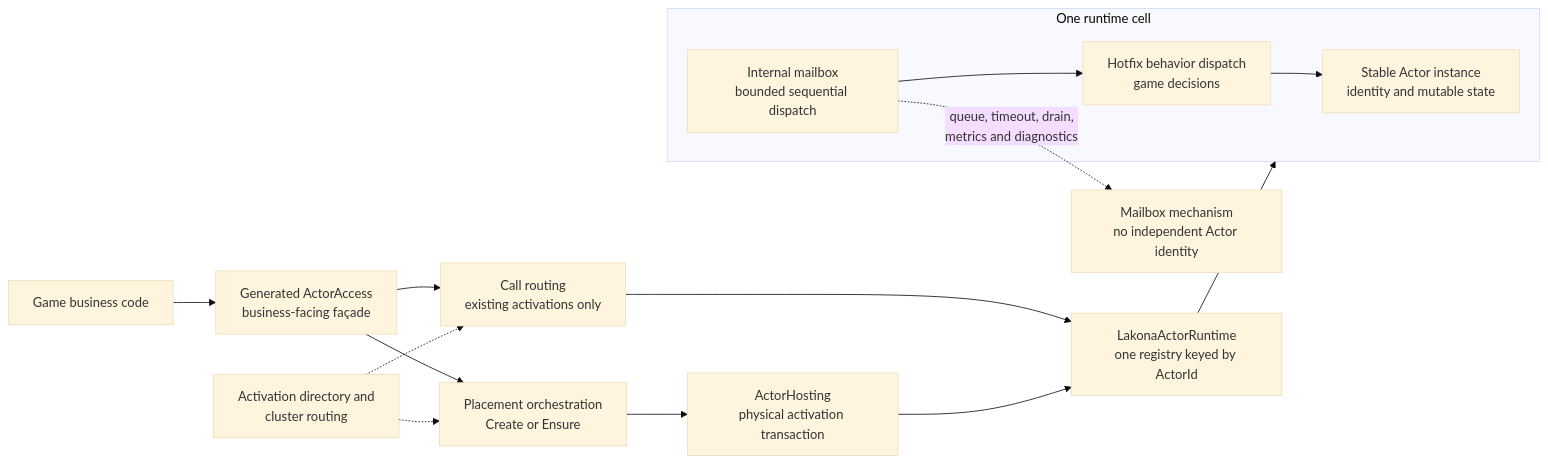
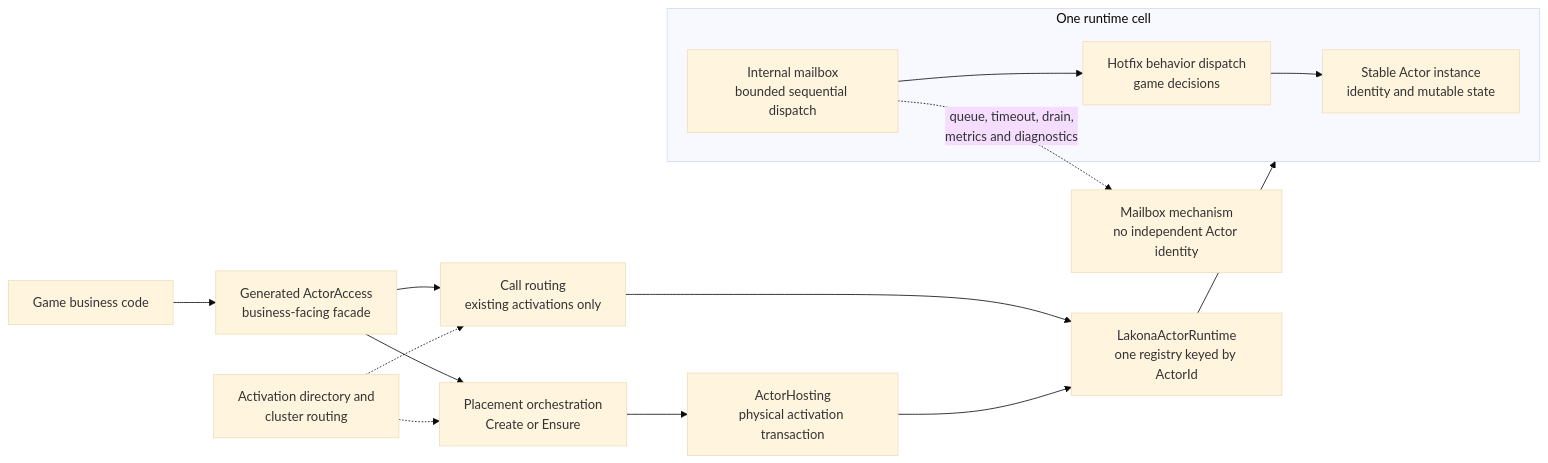
One commit to bruce48x/Lakona changed the first of 7 diagrams in docs/actor.md. Above: the diagram before and after it, drawn with Mermaid (base theme). The commit also changed other lines of this file and 11 other files, not shown here.

````diff
--- a/docs/actor.md
+++ b/docs/actor.md
@@ -29,22 +29,22 @@
 ```mermaid
 flowchart LR
-    B["Game business code"] --> A["Generated ActorAccess<br/>business-facing façade"]
+    B["Game business code"] --> A["Generated ActorAccess<br/>business-facing facade"]
     A --> Q["Call routing<br/>existing activations only"]
     A --> P["Placement orchestration<br/>Create or Ensure"]
     P --> H["ActorHosting<br/>physical activation transaction"]
     Q --> R["LakonaActorRuntime<br/>one registry keyed by ActorId"]
     H --> R
 
     subgraph Cell["One runtime cell"]
         S["Stable Actor instance<br/>identity and mutable state"]
         M["Internal mailbox<br/>bounded sequential dispatch"]
         D["Hotfix behavior dispatch<br/>game decisions"]
         M --> D
         D --> S
     end
 
     R --> Cell
     C["Activation directory and<br/>cluster routing"] -.-> Q
     C -.-> P
     M -.->|"queue, timeout, drain,<br/>metrics and diagnostics"| X["Mailbox mechanism<br/>no independent Actor identity"]
 ```
````
